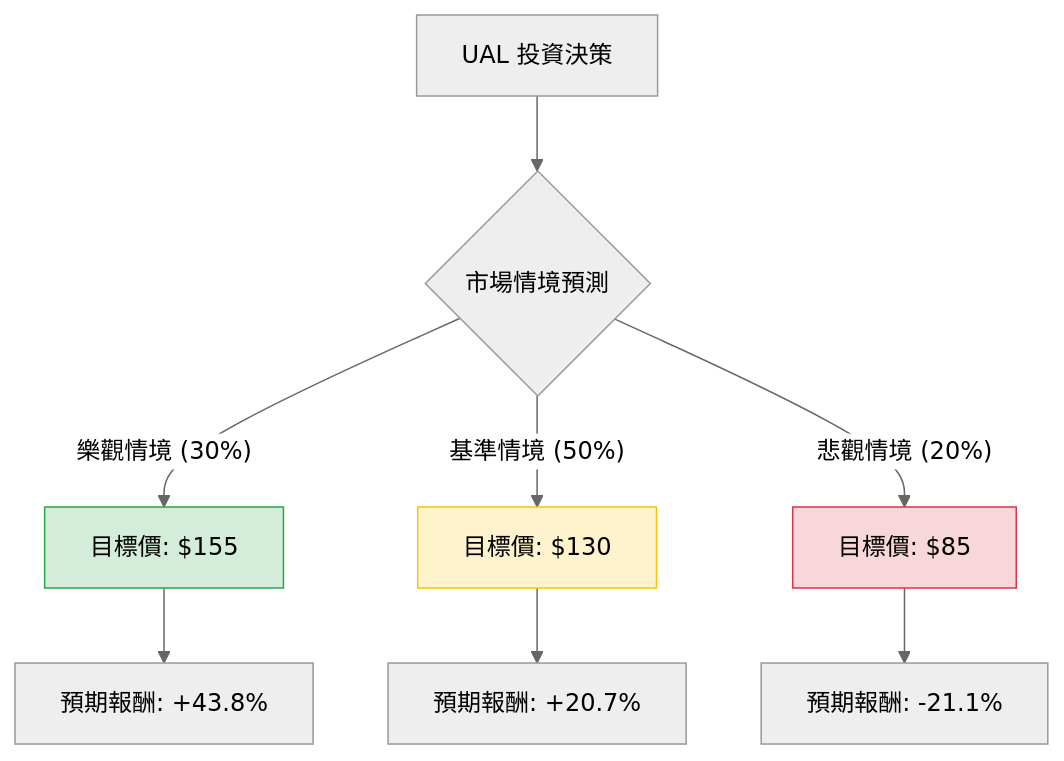
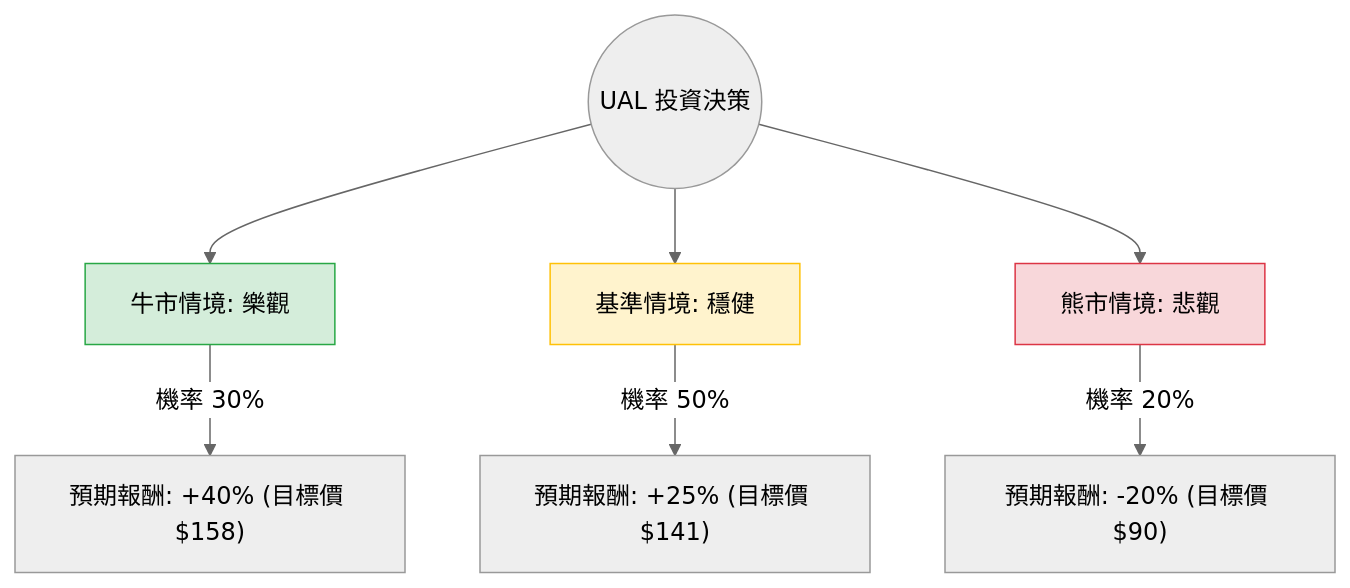
Before and after one commit to zmcx16/zmcx16.github.io: the diagram in plugin-react/ai-analysis/ev-analysis/UAL.md, drawn with Mermaid (neutral theme). The commit also changed other lines of this file and 85 other files, not shown here.

````diff
--- a/plugin-react/ai-analysis/ev-analysis/UAL.md
+++ b/plugin-react/ai-analysis/ev-analysis/UAL.md
@@ -19,16 +19,14 @@
 ```mermaid
 graph TD
-    A[UAL 投資決策] --> B{市場情境預測}
-    
-    B -- 樂觀情境 (30%) --> C[目標價: $155]
-    B -- 基準情境 (50%) --> D[目標價: $130]
-    B -- 悲觀情境 (20%) --> E[目標價: $85]
+    Start((UAL 投資決策)) --> Bull[牛市情境: 樂觀]
+    Start --> Base[基準情境: 穩健]
+    Start --> Bear[熊市情境: 悲觀]
 
-    C --> C1[預期報酬: +43.8%]
-    D --> D1[預期報酬: +20.7%]
-    E --> E1[預期報酬: -21.1%]
+    Bull -- "機率 30%" --> BullVal["預期報酬: +40% (目標價 $158)"]
+    Base -- "機率 50%" --> BaseVal["預期報酬: +25% (目標價 $141)"]
+    Bear -- "機率 20%" --> BearVal["預期報酬: -20% (目標價 $90)"]
 
-    style C fill:#d4edda,stroke:#28a745
-    style D fill:#fff3cd,stroke:#ffc107
-    style E fill:#f8d7da,stroke:#dc3545
+    style Bull fill:#d4edda,stroke:#28a745
+    style Base fill:#fff3cd,stroke:#ffc107
+    style Bear fill:#f8d7da,stroke:#dc3545
 ```
````
